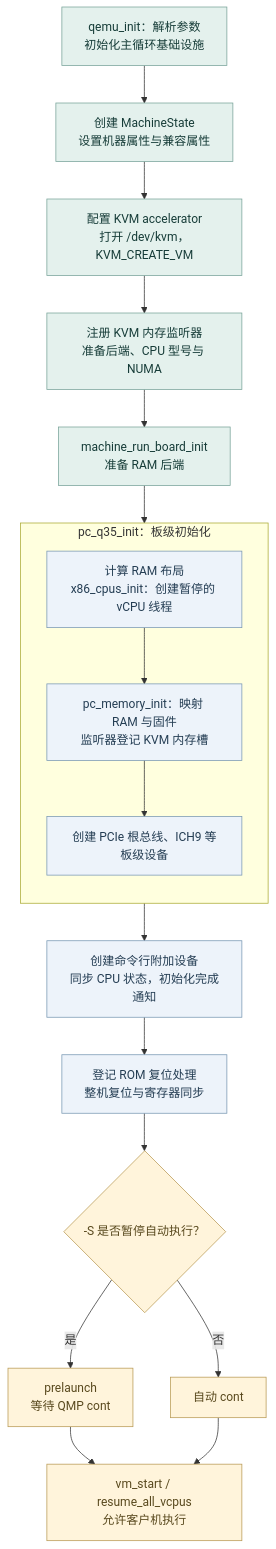
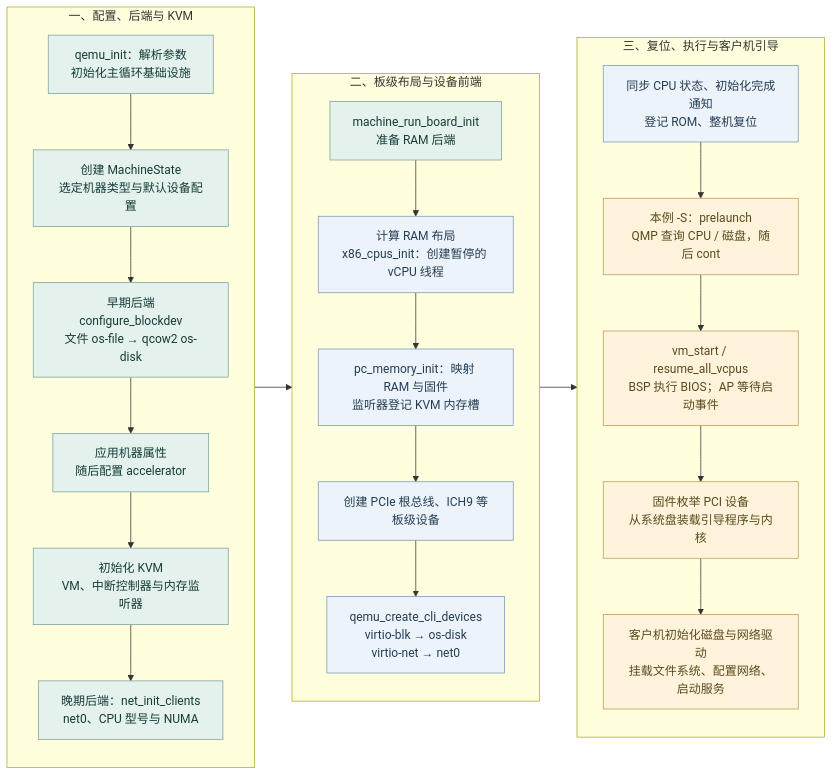
The diagram in virt_report/content/diagrams/qemu-startup-phases.mmd (taifuer/virt_report), drawn with Mermaid before and after one commit. The commit also changed 148 other files, not shown here.

```diff
--- a/virt_report/content/diagrams/qemu-startup-phases.mmd
+++ b/virt_report/content/diagrams/qemu-startup-phases.mmd
@@ -1,28 +1,35 @@
-flowchart TD
-  accTitle: Q35 冷启动的初始化阶段
-  accDescr: QEMU 先建立机器与 KVM 容器，注册内存监听器，再准备 RAM 后端并执行板级初始化。Q35 先创建暂停的 CPU 线程，再布置内存和固件并创建设备。复位和继续执行属于后续阶段。
-  A["qemu_init：解析参数<br/>初始化主循环基础设施"] --> B["创建 MachineState<br/>设置机器属性与兼容属性"]
-  B --> C["配置 KVM accelerator<br/>打开 /dev/kvm，KVM_CREATE_VM"]
-  C --> D["注册 KVM 内存监听器<br/>准备后端、CPU 型号与 NUMA"]
-  D --> E["machine_run_board_init<br/>准备 RAM 后端"]
-  subgraph BOARD["pc_q35_init：板级初始化"]
+flowchart LR
+  accTitle: 从后端创建到系统盘引导的初始化顺序
+  accDescr: QEMU 先创建 MachineState，在早期后端阶段打开文件与 qcow2 块图，再配置 KVM，晚期后端阶段建立 user 或 TAP 网络后端。Q35 板级初始化创建暂停的 CPU 线程、RAM、固件与总线；命令行 virtio-blk 和 virtio-net 设备连接已有后端。整机复位后由 cont 启动客户机，固件从系统盘引导操作系统，再初始化磁盘和网络驱动。
+  subgraph PREP["一、配置、后端与 KVM"]
     direction TB
+    A["qemu_init：解析参数<br/>初始化主循环基础设施"] --> B["创建 MachineState<br/>选定机器类型与默认设备配置"]
+    B --> EB["早期后端<br/>configure_blockdev<br/>文件 os-file → qcow2 os-disk"]
+    EB --> MP["应用机器属性<br/>随后配置 accelerator"]
+    MP --> C["初始化 KVM<br/>VM、中断控制器与内存监听器"]
+    C --> D["晚期后端：net_init_clients<br/>net0、CPU 型号与 NUMA"]
+  end
+  subgraph BOARD["二、板级布局与设备前端"]
+    direction TB
+    E["machine_run_board_init<br/>准备 RAM 后端"]
     F["计算 RAM 布局<br/>x86_cpus_init：创建暂停的 vCPU 线程"]
     G["pc_memory_init：映射 RAM 与固件<br/>监听器登记 KVM 内存槽"]
     H["创建 PCIe 根总线、ICH9 等板级设备"]
-    F --> G --> H
+    I["qemu_create_cli_devices<br/>virtio-blk → os-disk<br/>virtio-net → net0"]
+    E --> F --> G --> H --> I
   end
-  E --> F
-  H --> I["创建命令行附加设备<br/>同步 CPU 状态，初始化完成通知"]
-  I --> J["登记 ROM 复位处理<br/>整机复位与寄存器同步"]
-  J --> K{"-S 是否暂停自动执行？"}
-  K -->|是| L["prelaunch<br/>等待 QMP cont"]
-  K -->|否| M["自动 cont"]
-  L --> N["vm_start / resume_all_vcpus<br/>允许客户机执行"]
-  M --> N
+  subgraph RUN["三、复位、执行与客户机引导"]
+    direction TB
+    J["同步 CPU 状态、初始化完成通知<br/>登记 ROM、整机复位"]
+    J --> L["本例 -S：prelaunch<br/>QMP 查询 CPU / 磁盘，随后 cont"]
+    L --> N["vm_start / resume_all_vcpus<br/>BSP 执行 BIOS；AP 等待启动事件"]
+    N --> FW["固件枚举 PCI 设备<br/>从系统盘装载引导程序与内核"]
+    FW --> OS["客户机初始化磁盘与网络驱动<br/>挂载文件系统、配置网络、启动服务"]
+  end
+  PREP --> BOARD --> RUN
   classDef setup fill:#e4f1ed,stroke:#78a399,color:#163c38;
   classDef board fill:#edf3fa,stroke:#7897b3,color:#243d53;
   classDef run fill:#fff4db,stroke:#b89a55,color:#59491e;
-  class A,B,C,D,E setup;
+  class A,B,EB,MP,C,D,E setup;
   class F,G,H,I,J board;
-  class K,L,M,N run;
+  class L,N,FW,OS run;
```
